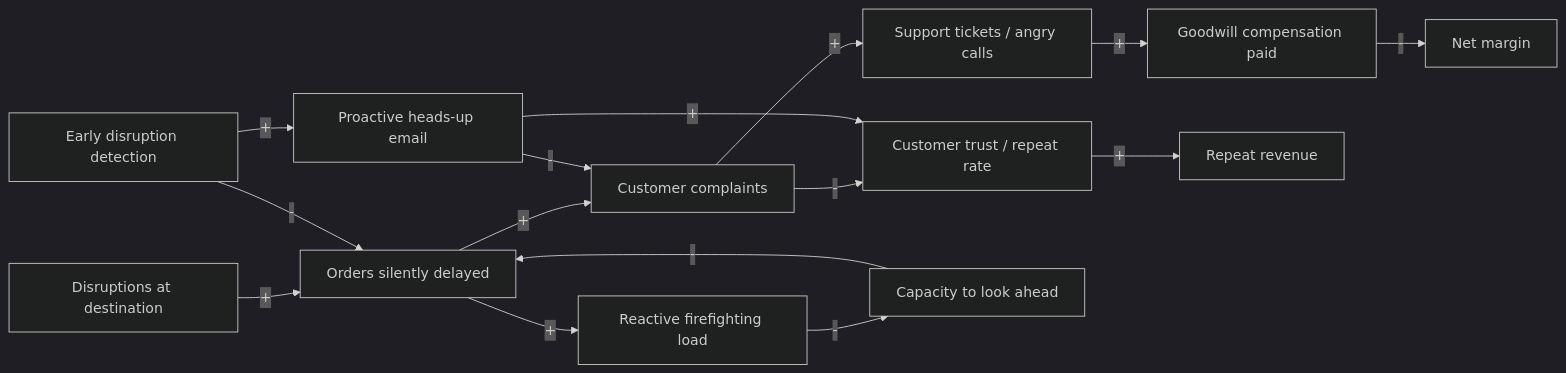
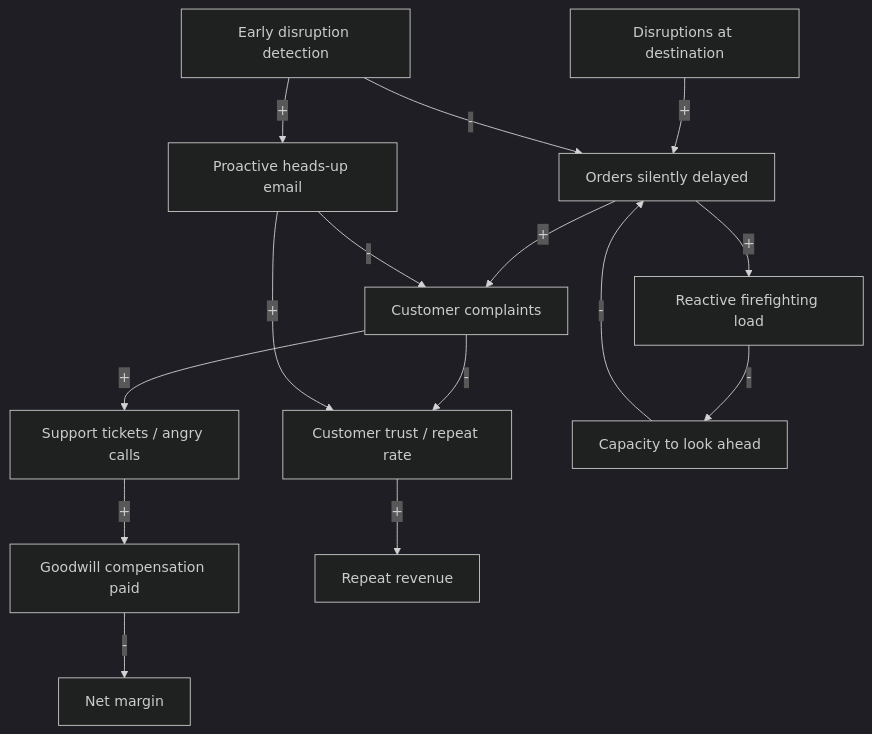
One commit to jayanthbagare/complete_book changed the first of 8 diagrams in book/05-part5-loopcycle.md. Above: the diagram before and after it, drawn with Mermaid (dark theme). The commit also changed other lines of this file and 9 other files, not shown here.

First line of the commit message:
Fix site layout and unreadable diagrams

````diff
--- a/book/05-part5-loopcycle.md
+++ b/book/05-part5-loopcycle.md
@@ -39,19 +39,19 @@
 ```mermaid
-graph LR
-  DIS[Disruptions at destination] -->|+| LATE[Orders silently delayed]
-  LATE -->|+| COMPL[Customer complaints]
-  COMPL -->|+| TICK[Support tickets / angry calls]
-  TICK -->|+| COMP[Goodwill compensation paid]
-  COMP -->|-| MARGIN[Net margin]
-  COMPL -->|-| TRUST[Customer trust / repeat rate]
-  TRUST -->|+| REV[Repeat revenue]
+graph TD
+  DIS[Disruptions at destination] -->|#43;| LATE[Orders silently delayed]
+  LATE -->|#43;| COMPL[Customer complaints]
+  COMPL -->|#43;| TICK[Support tickets / angry calls]
+  TICK -->|#43;| COMP[Goodwill compensation paid]
+  COMP -->|#45;| MARGIN[Net margin]
+  COMPL -->|#45;| TRUST[Customer trust / repeat rate]
+  TRUST -->|#43;| REV[Repeat revenue]
 
-  LATE -->|+| REACT[Reactive firefighting load]
-  REACT -->|-| PROAC[Capacity to look ahead]
-  PROAC -->|-| LATE
+  LATE -->|#43;| REACT[Reactive firefighting load]
+  REACT -->|#45;| PROAC[Capacity to look ahead]
+  PROAC -->|#45;| LATE
 
-  DETECT[Early disruption detection] -->|-| LATE
-  DETECT -->|+| PROACTIVE[Proactive heads-up email]
-  PROACTIVE -->|+| TRUST
-  PROACTIVE -->|-| COMPL
+  DETECT[Early disruption detection] -->|#45;| LATE
+  DETECT -->|#43;| PROACTIVE[Proactive heads-up email]
+  PROACTIVE -->|#43;| TRUST
+  PROACTIVE -->|#45;| COMPL
 ```
````
